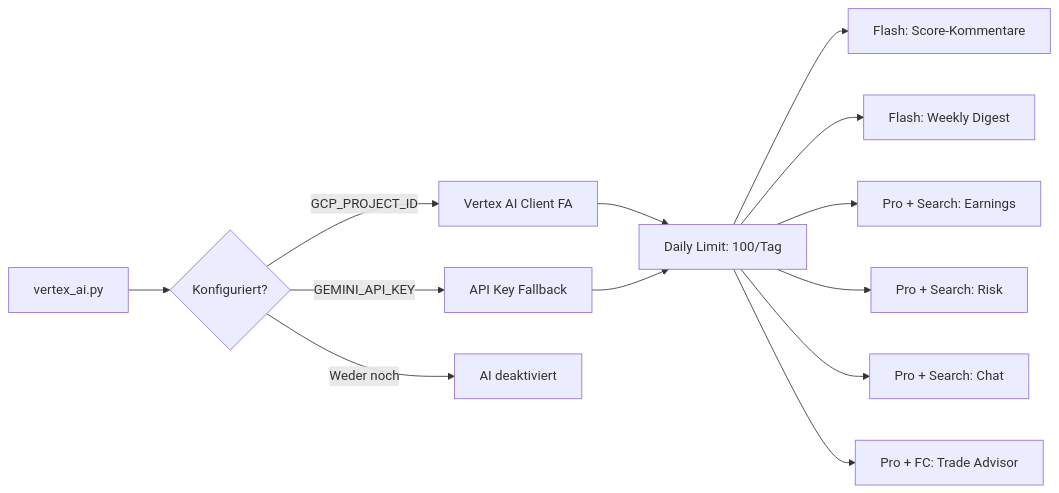
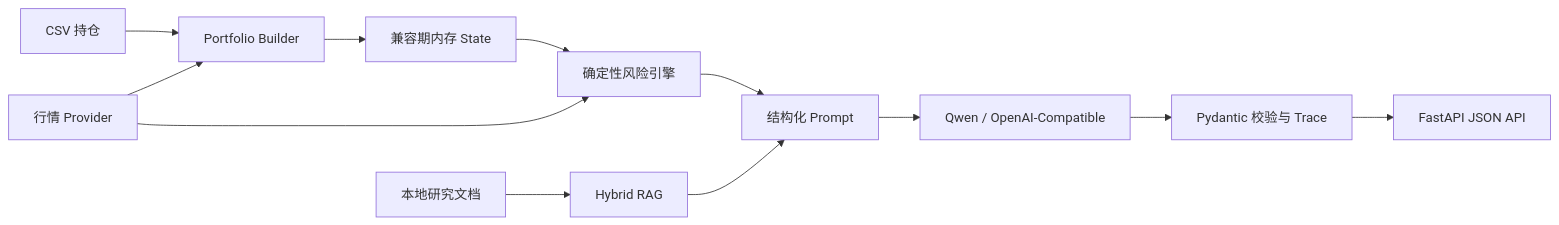
Before and after one commit to xjy0526/PortfolioPilot: the diagram in docs/architecture.md, drawn with Mermaid. The commit also changed other lines of this file and 77 other files, not shown here.

````diff
--- a/docs/architecture.md
+++ b/docs/architecture.md
@@ -184,16 +54,14 @@
 ```mermaid
-graph LR
-    A[vertex_ai.py] --> B{Konfiguriert?}
-    B -->|GCP_PROJECT_ID| C[Vertex AI Client FA]
-    B -->|GEMINI_API_KEY| D[API Key Fallback]
-    B -->|Weder noch| E[AI deaktiviert]
-
-    C --> F[Daily Limit: 100/Tag]
-    D --> F
-    F --> G[Flash: Score-Kommentare]
-    F --> H[Flash: Weekly Digest]
-    F --> I[Pro + Search: Earnings]
-    F --> J[Pro + Search: Risk]
-    F --> K[Pro + Search: Chat]
-    F --> L[Pro + FC: Trade Advisor]
+flowchart LR
+    CSV[CSV 持仓] --> PB[Portfolio Builder]
+    MD[行情 Provider] --> PB
+    PB --> STATE[兼容期内存 State]
+    STATE --> RISK[确定性风险引擎]
+    MD --> RISK
+    DOCS[本地研究文档] --> RAG[Hybrid RAG]
+    RISK --> PROMPT[结构化 Prompt]
+    RAG --> PROMPT
+    PROMPT --> LLM[Qwen / OpenAI-Compatible]
+    LLM --> VALIDATE[Pydantic 校验与 Trace]
+    VALIDATE --> API[FastAPI JSON API]
 ```
````
